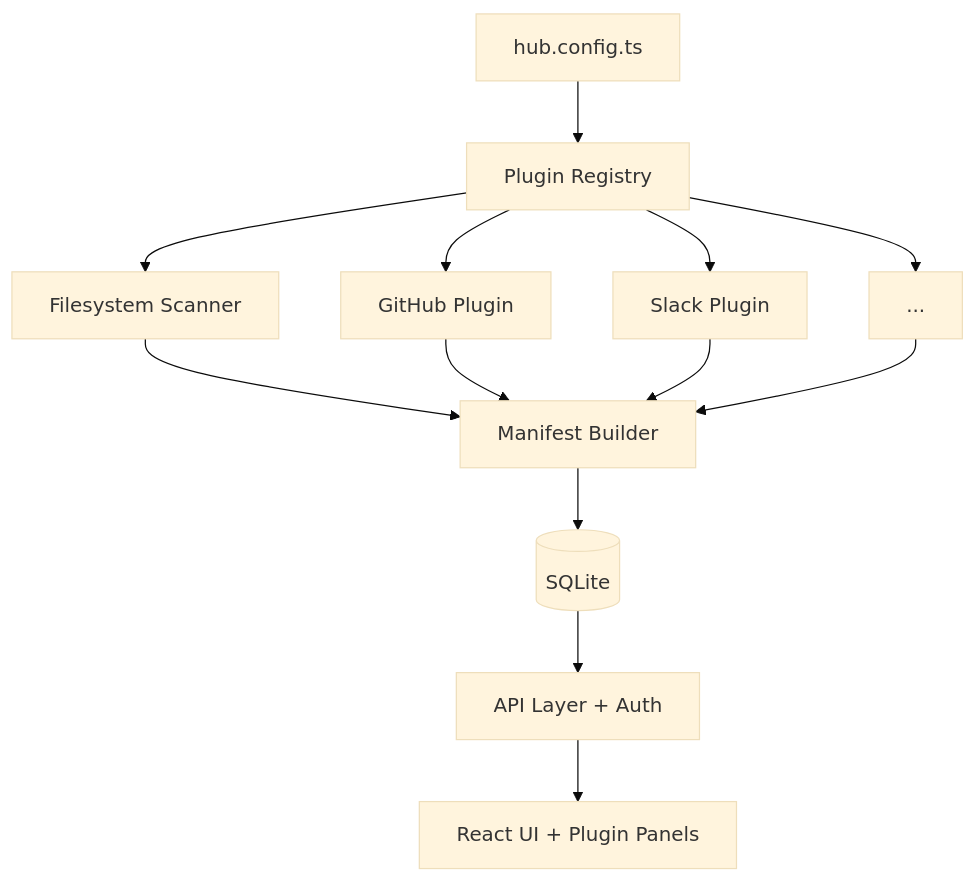
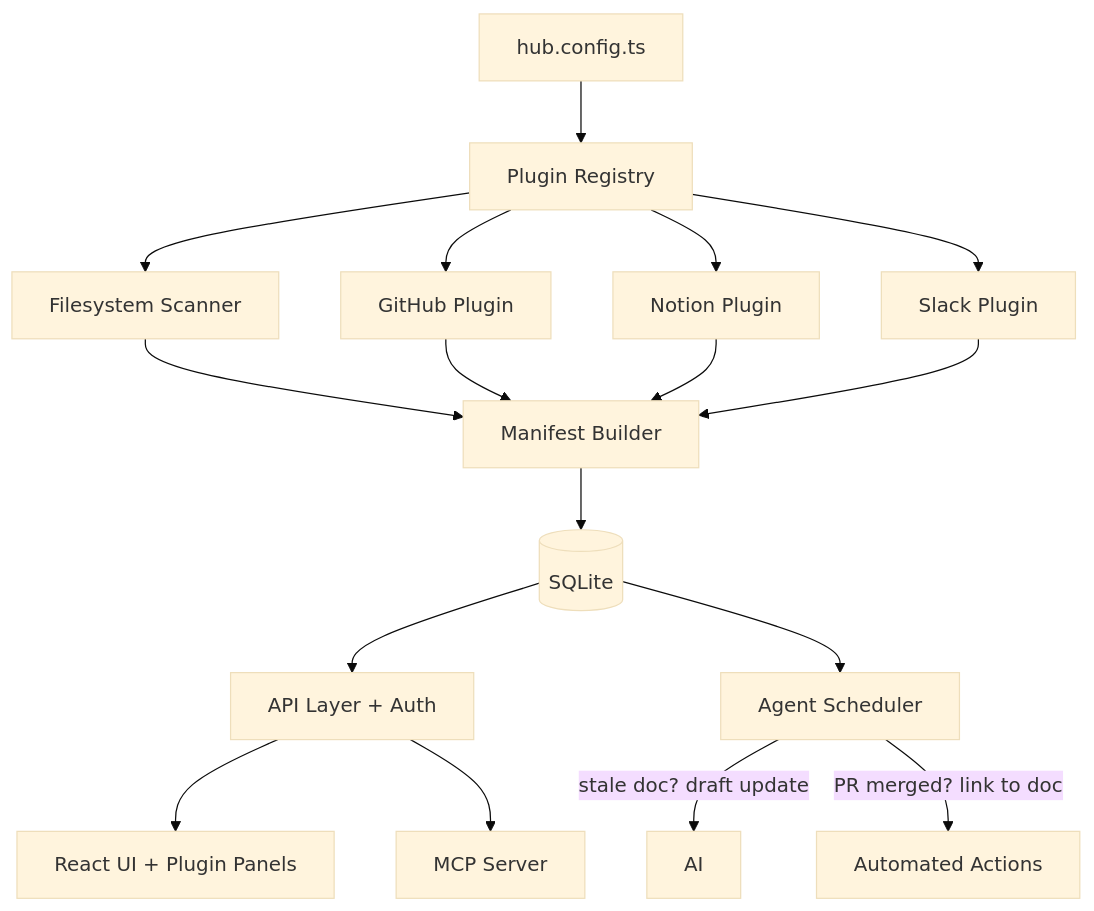
Before and after one commit to ahmedkhaledmohamed/the-hub: the fourth of 5 diagrams in docs/future-developments.md, drawn with Mermaid (base theme). The commit also changed other lines of this file, not shown here.

````diff
--- a/docs/future-developments.md
+++ b/docs/future-developments.md
@@ -89,15 +137,19 @@
 ```mermaid
 flowchart TD
     Config[hub.config.ts] --> Registry[Plugin Registry]
     Registry --> FS[Filesystem Scanner]
     Registry --> GH[GitHub Plugin]
+    Registry --> Notion[Notion Plugin]
     Registry --> Slack[Slack Plugin]
-    Registry --> More[...]
     FS --> Manifest[Manifest Builder]
     GH --> Manifest
+    Notion --> Manifest
     Slack --> Manifest
-    More --> Manifest
     Manifest --> DB[(SQLite)]
     DB --> API[API Layer + Auth]
+    DB --> Agents[Agent Scheduler]
     API --> UI[React UI + Plugin Panels]
+    API --> MCP[MCP Server]
+    Agents --> |stale doc? draft update| LLM[AI]
+    Agents --> |PR merged? link to doc| Actions[Automated Actions]
 ```
````
